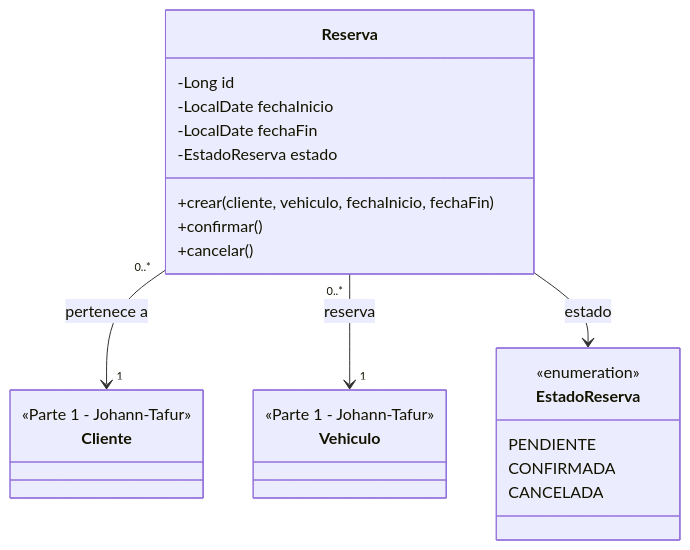
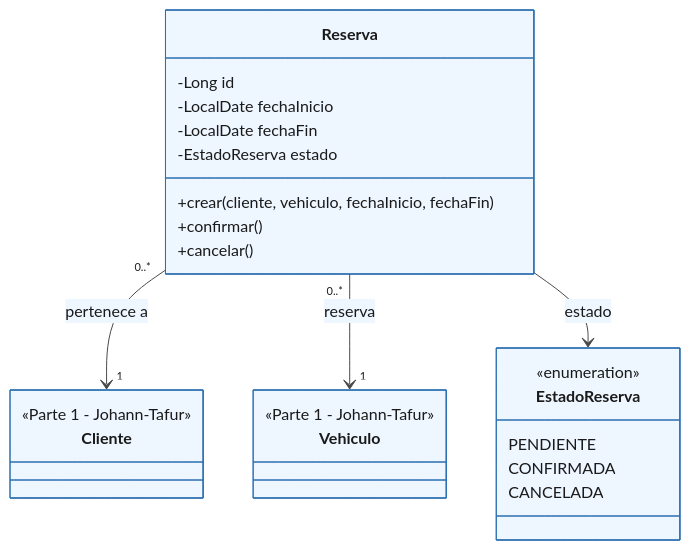
One commit to chaarlyez/Sistema_de_alquiler_de_veh-culos changed the second of 6 diagrams in docs/03-uml/02-reservas-chaarlyez.md. Above: the diagram before and after it, drawn with Mermaid. The commit also changed other lines of this file and 6 other files, not shown here.

First line of the commit message:
docs: colorear todos los diagramas Mermaid y cerrar observacion de notacion

````diff
--- a/docs/03-uml/02-reservas-chaarlyez.md
+++ b/docs/03-uml/02-reservas-chaarlyez.md
@@ -53,31 +68,47 @@
 ```mermaid
+%%{init: {'theme': 'base', 'themeVariables': {
+  'background': '#ffffff',
+  'primaryColor': '#eef6ff',
+  'primaryBorderColor': '#2a6fb0',
+  'primaryTextColor': '#1a1a1a',
+  'lineColor': '#4a4a4a',
+  'textColor': '#1a1a1a'
+}}}%%
 classDiagram
     class Reserva {
         -Long id
         -LocalDate fechaInicio
         -LocalDate fechaFin
         -EstadoReserva estado
         +crear(cliente, vehiculo, fechaInicio, fechaFin)
         +confirmar()
         +cancelar()
     }
 
     class EstadoReserva {
         <<enumeration>>
         PENDIENTE
         CONFIRMADA
         CANCELADA
     }
 
     class Cliente {
         <<Parte 1 - Johann-Tafur>>
     }
 
     class Vehiculo {
         <<Parte 1 - Johann-Tafur>>
     }
 
     Reserva "0..*" --> "1" Cliente : pertenece a
     Reserva "0..*" --> "1" Vehiculo : reserva
     Reserva --> EstadoReserva : estado
+
+    classDef own fill:#eef6ff,stroke:#2a6fb0,color:#1a1a1a
+    classDef enum fill:#f3eaff,stroke:#7e3ff2,color:#1a1a1a
+    classDef other fill:#f0f0f0,stroke:#9aa5b1,color:#5a5a5a
+    class Reserva:::own
+    class EstadoReserva:::enum
+    class Cliente:::other
+    class Vehiculo:::other
 ```
````
